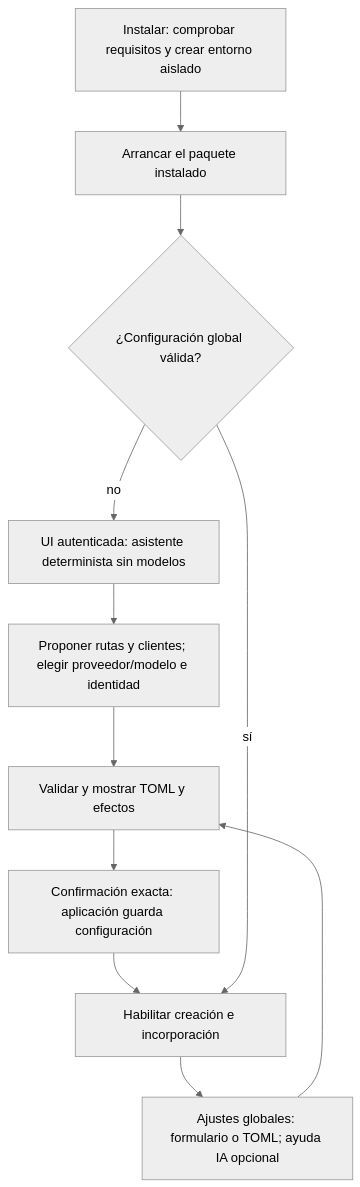
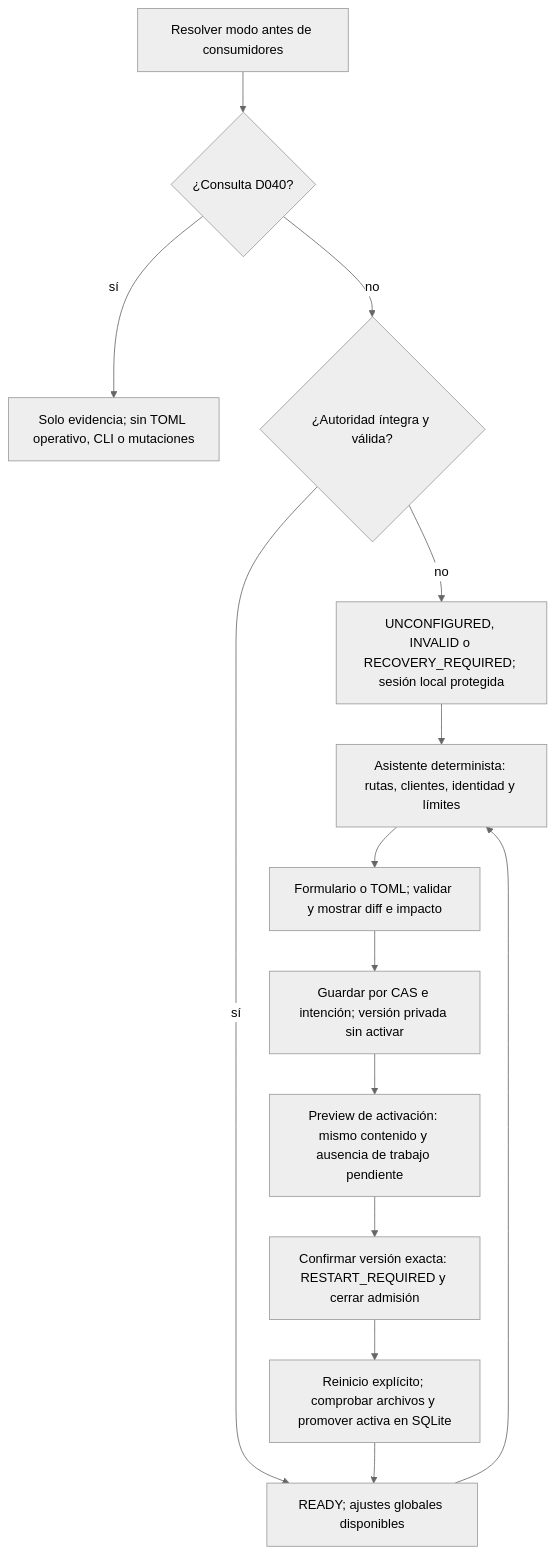
One commit to AcostaDDev/my-harness-archive changed the second of 4 diagrams in docs/flows/configuration-setup.md. Above: the diagram before and after it, drawn with Mermaid (neutral theme). The commit also changed other lines of this file and 16 other files, not shown here.

````diff
--- a/docs/flows/configuration-setup.md
+++ b/docs/flows/configuration-setup.md
@@ -12,13 +34,16 @@
 ```mermaid
 flowchart TD
-    A["Instalar: comprobar requisitos y crear entorno aislado"] --> B["Arrancar el paquete instalado"]
-    B --> C{"¿Configuración global válida?"}
-    C -- no --> D["UI autenticada: asistente determinista sin modelos"]
-    D --> E["Proponer rutas y clientes; elegir proveedor/modelo e identidad"]
-    E --> F["Validar y mostrar TOML y efectos"]
-    F --> G["Confirmación exacta: aplicación guarda configuración"]
-    G --> H["Habilitar creación e incorporación"]
-    C -- sí --> H
-    H --> I["Ajustes globales: formulario o TOML; ayuda IA opcional"]
-    I --> F
+    A["Resolver modo antes de consumidores"] --> B{"¿Consulta D040?"}
+    B -- sí --> C["Solo evidencia; sin TOML operativo, CLI o mutaciones"]
+    B -- no --> D{"¿Autoridad íntegra y válida?"}
+    D -- no --> E["UNCONFIGURED, INVALID o RECOVERY_REQUIRED; sesión local protegida"]
+    E --> F["Asistente determinista: rutas, clientes, identidad y límites"]
+    D -- sí --> G["READY; ajustes globales disponibles"]
+    G --> F
+    F --> H["Formulario o TOML; validar y mostrar diff e impacto"]
+    H --> I["Guardar por CAS e intención; versión privada sin activar"]
+    I --> J["Preview de activación: mismo contenido y ausencia de trabajo pendiente"]
+    J --> K["Confirmar versión exacta: RESTART_REQUIRED y cerrar admisión"]
+    K --> L["Reinicio explícito; comprobar archivos y promover activa en SQLite"]
+    L --> G
 ```
````
